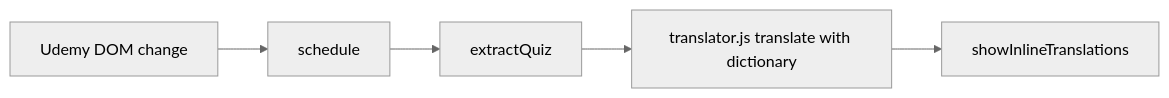
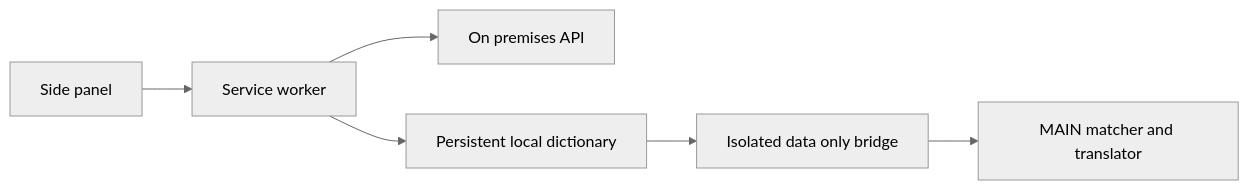
One commit to JaceDashS/udemy-korean-translator changed the diagram in docs/architecture/10-overview.md. Above: the diagram before and after it, drawn with Mermaid (neutral theme). The commit also changed other lines of this file and 40 other files, not shown here.

````diff
--- a/docs/architecture/10-overview.md
+++ b/docs/architecture/10-overview.md
@@ -25,7 +15,8 @@
 ```mermaid
 flowchart LR
-    A[Udemy DOM change] --> B[schedule]
-    B --> C[extractQuiz]
-    C --> D[translator.js translate with dictionary]
-    D --> E[showInlineTranslations]
+    E[Side panel] --> W[Service worker]
+    W --> A[On premises API]
+    W --> L[Persistent local dictionary]
+    L --> B[Isolated data only bridge]
+    B --> T[MAIN matcher and translator]
 ```
````
